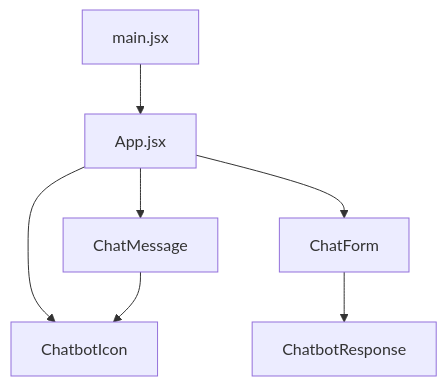
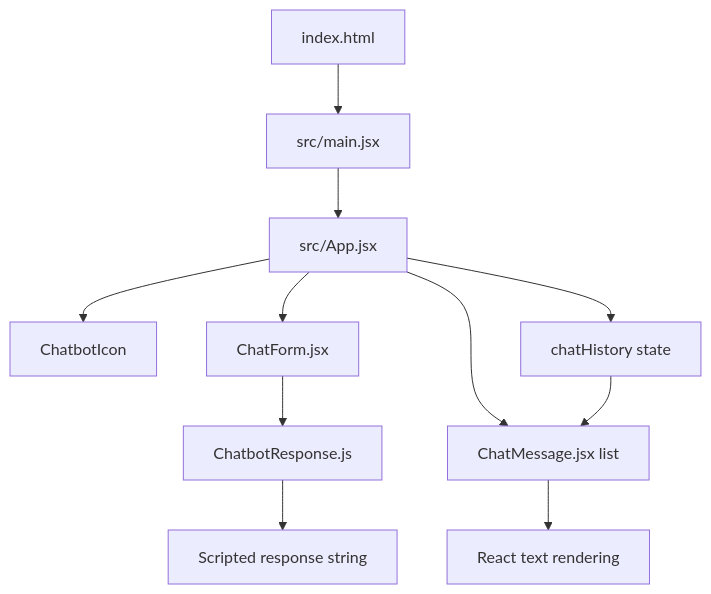
Before and after one commit to Brajesh31/chat-bot: the diagram in docs/diagrams/COMPONENTS.md, drawn with Mermaid. The commit also changed other lines of this file and 84 other files, not shown here.

````diff
--- a/docs/diagrams/COMPONENTS.md
+++ b/docs/diagrams/COMPONENTS.md
@@ -3,9 +5,13 @@
 ```mermaid
 flowchart TD
- Main[main.jsx] --> App[App.jsx]
- App --> Icon[ChatbotIcon]
- App --> Form[ChatForm]
- App --> Message[ChatMessage]
- Form --> Rules[ChatbotResponse]
- Message --> Icon
+ Entry[index.html] --> Mount[src/main.jsx]
+ Mount --> App[src/App.jsx]
+ App --> Header[ChatbotIcon]
+ App --> Form[ChatForm.jsx]
+ App --> Log[ChatMessage.jsx list]
+ Form --> Helper[ChatbotResponse.js]
+ Helper --> Reply[Scripted response string]
+ Log --> Render[React text rendering]
+ App --> State[chatHistory state]
+ State --> Log
 ```
````
